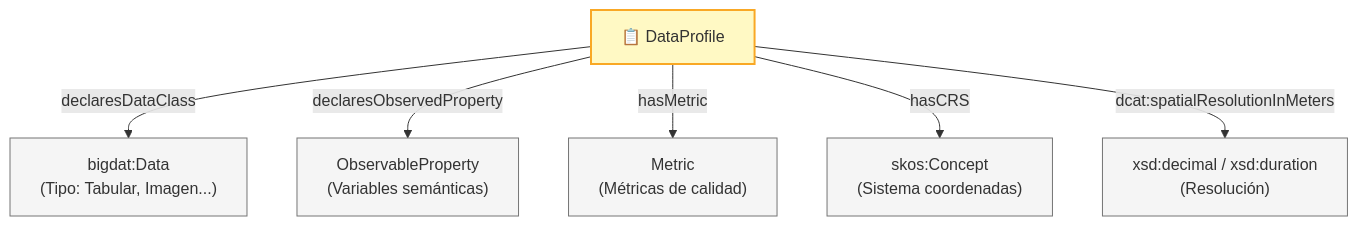
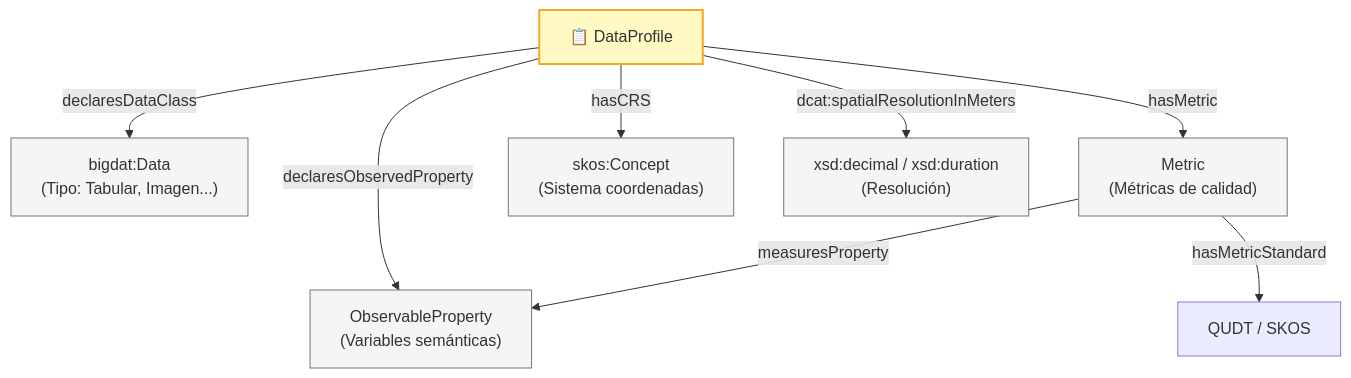
The fifth of 11 diagrams in docs/ONTOLOGY_OVERVIEW_DIAGRAM_ES.md (KhaosResearch/EDAAnOWL), drawn with Mermaid before and after one commit. The commit also changed other lines of this file and 16 other files, not shown here.

````diff
--- a/docs/ONTOLOGY_OVERVIEW_DIAGRAM_ES.md
+++ b/docs/ONTOLOGY_OVERVIEW_DIAGRAM_ES.md
@@ -133,22 +133,24 @@
 ```mermaid
 flowchart TD
     classDef profile fill:#fff9c4,stroke:#f9a825,stroke-width:2px
     classDef content fill:#f5f5f5,stroke:#757575,stroke-width:1px
 
     DP["📋 DataProfile"]
     
     DC["bigdat:Data<br/>(Tipo: Tabular, Imagen...)"]
     OP["ObservableProperty<br/>(Variables semánticas)"]
     M["Metric<br/>(Métricas de calidad)"]
     CRS["skos:Concept<br/>(Sistema coordenadas)"]
     RES["xsd:decimal / xsd:duration<br/>(Resolución)"]
 
     DP -- "declaresDataClass" --> DC
     DP -- "declaresObservedProperty" --> OP
     DP -- "hasMetric" --> M
+    M -- "hasMetricStandard" --> S["QUDT / SKOS"]
+    M -- "measuresProperty" --> OP
     DP -- "hasCRS" --> CRS
     DP -- "dcat:spatialResolutionInMeters" --> RES
 
     class DP profile
     class DC,OP,M,CRS,RES content
 ```
````
